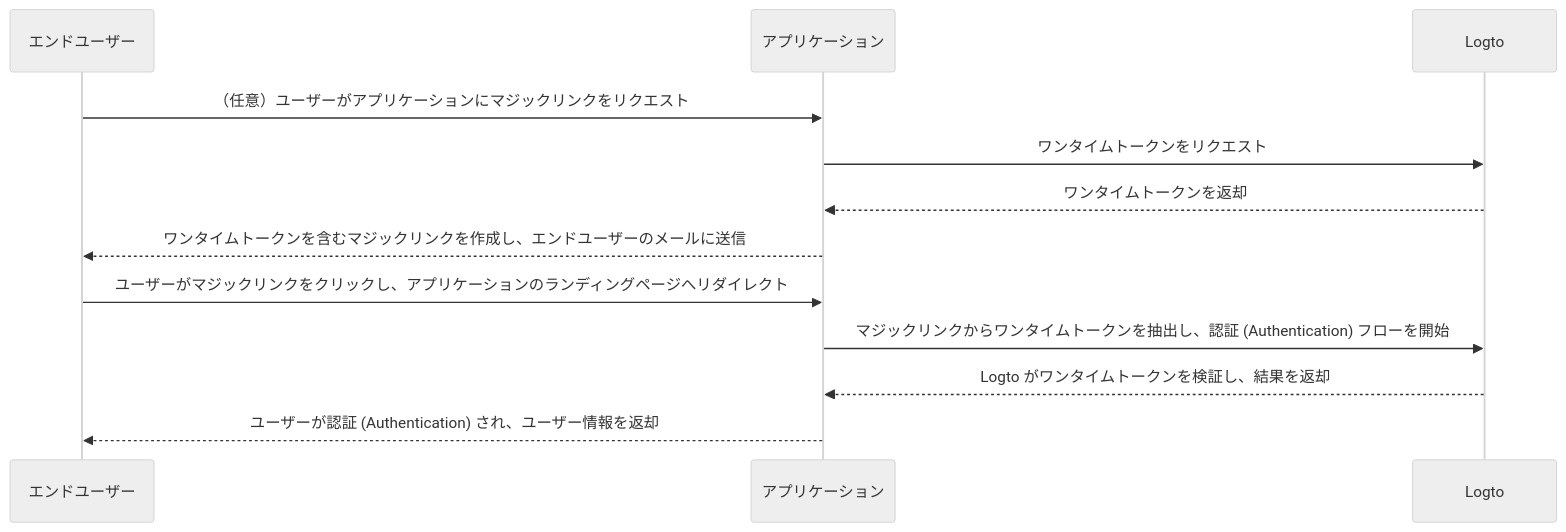
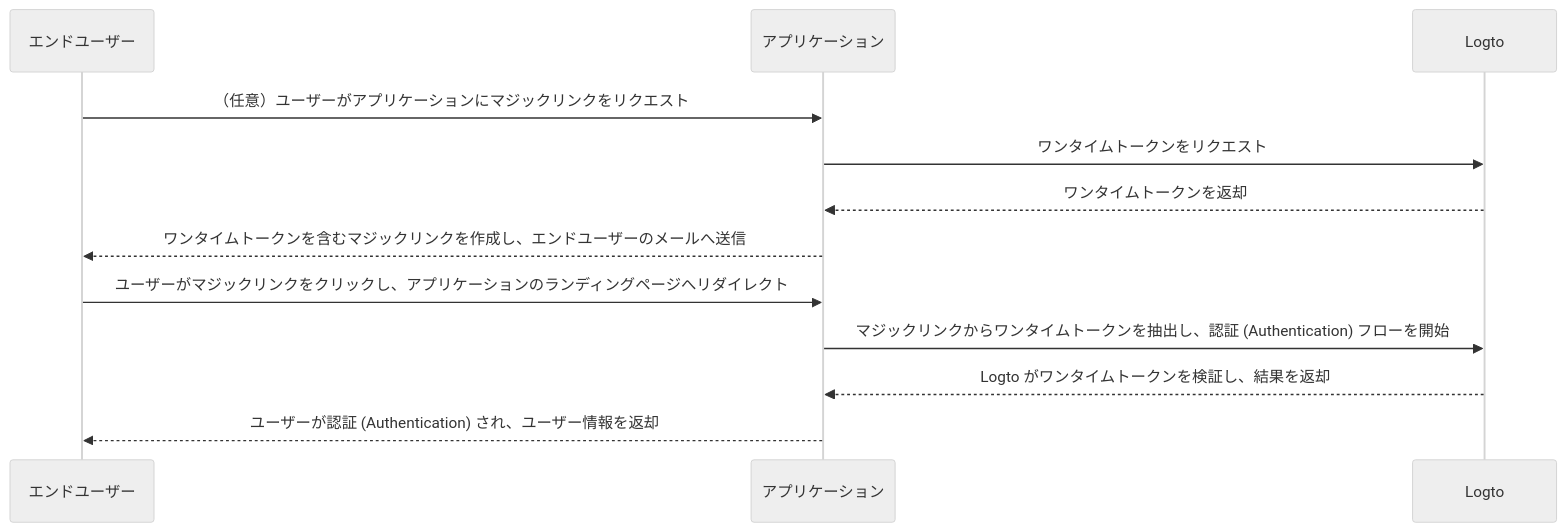
Before and after one commit to logto-io/docs: the diagram in i18n/ja/docusaurus-plugin-content-docs/current/end-user-flows/one-time-token.mdx, drawn with Mermaid (neutral theme). The commit also changed other lines of this file and 35 other files, not shown here.

````diff
--- a/i18n/ja/docusaurus-plugin-content-docs/current/end-user-flows/one-time-token.mdx
+++ b/i18n/ja/docusaurus-plugin-content-docs/current/end-user-flows/one-time-token.mdx
@@ -24,15 +24,15 @@
 ```mermaid
 sequenceDiagram
   participant U as エンドユーザー
   participant C as アプリケーション
   participant L as Logto
 
   U ->> C: （任意）ユーザーがアプリケーションにマジックリンクをリクエスト
   C ->> L: ワンタイムトークンをリクエスト
   L -->> C: ワンタイムトークンを返却
-  C -->> U: ワンタイムトークンを含むマジックリンクを作成し、エンドユーザーのメールに送信
+  C -->> U: ワンタイムトークンを含むマジックリンクを作成し、エンドユーザーのメールへ送信
   U ->> C: ユーザーがマジックリンクをクリックし、アプリケーションのランディングページへリダイレクト
   C ->> L: マジックリンクからワンタイムトークンを抽出し、認証 (Authentication) フローを開始
   L -->> C: Logto がワンタイムトークンを検証し、結果を返却
   C -->> U: ユーザーが認証 (Authentication) され、ユーザー情報を返却
 ```
````
